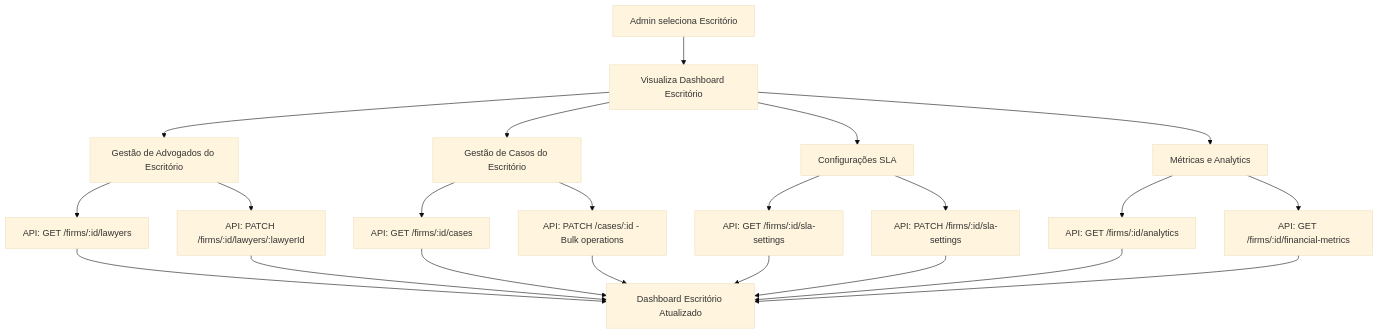
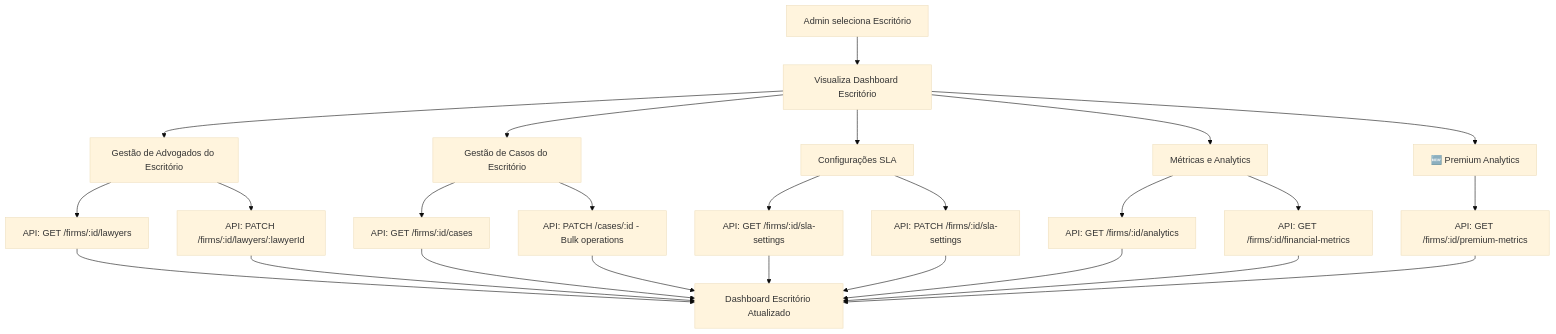
One commit to NicholasJacob1990/LITIG changed the third of 4 diagrams in docs/CONTROLADORIA_WEB_ADMINISTRATIVA.md. Above: the diagram before and after it, drawn with Mermaid (base theme). The commit also changed other lines of this file and 363 other files, not shown here.

````diff
--- a/docs/CONTROLADORIA_WEB_ADMINISTRATIVA.md
+++ b/docs/CONTROLADORIA_WEB_ADMINISTRATIVA.md
@@ -410,29 +866,33 @@
 ```mermaid
 graph TD
     A[Admin seleciona Escritório] --> B[Visualiza Dashboard Escritório]
     B --> C[Gestão de Advogados do Escritório]
     B --> D[Gestão de Casos do Escritório]
     B --> E[Configurações SLA]
     B --> F[Métricas e Analytics]
+    B --> G[🆕 Premium Analytics]
     
-    C --> G[API: GET /firms/:id/lawyers]
-    C --> H[API: PATCH /firms/:id/lawyers/:lawyerId]
+    C --> H[API: GET /firms/:id/lawyers]
+    C --> I[API: PATCH /firms/:id/lawyers/:lawyerId]
     
-    D --> I[API: GET /firms/:id/cases]
-    D --> J[API: PATCH /cases/:id - Bulk operations]
+    D --> J[API: GET /firms/:id/cases]
+    D --> K[API: PATCH /cases/:id - Bulk operations]
     
-    E --> K[API: GET /firms/:id/sla-settings]
-    E --> L[API: PATCH /firms/:id/sla-settings]
+    E --> L[API: GET /firms/:id/sla-settings]
+    E --> M[API: PATCH /firms/:id/sla-settings]
     
-    F --> M[API: GET /firms/:id/analytics]
-    F --> N[API: GET /firms/:id/financial-metrics]
+    F --> N[API: GET /firms/:id/analytics]
+    F --> O[API: GET /firms/:id/financial-metrics]
     
-    G --> O[Dashboard Escritório Atualizado]
-    H --> O
-    I --> O
-    J --> O
-    K --> O
-    L --> O
-    M --> O
-    N --> O
+    G --> P[API: GET /firms/:id/premium-metrics]
+    
+    H --> Q[Dashboard Escritório Atualizado]
+    I --> Q
+    J --> Q
+    K --> Q
+    L --> Q
+    M --> Q
+    N --> Q
+    O --> Q
+    P --> Q
 ```
````
